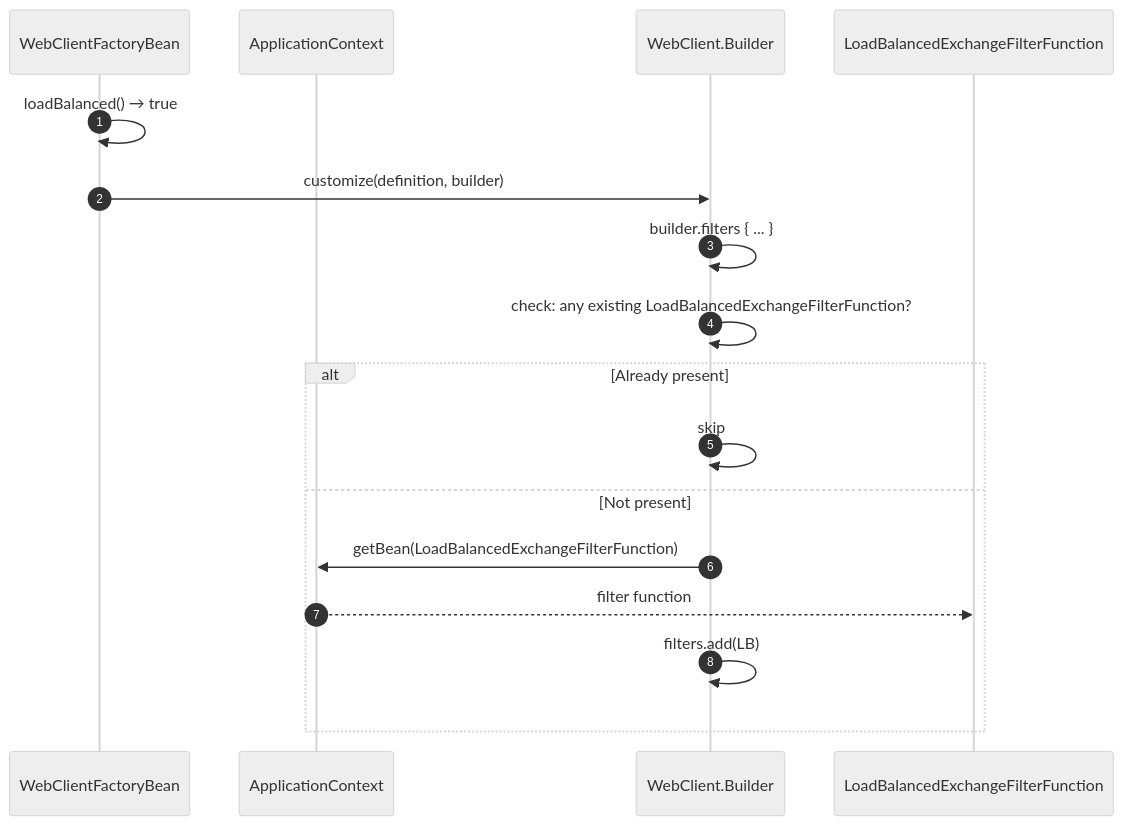
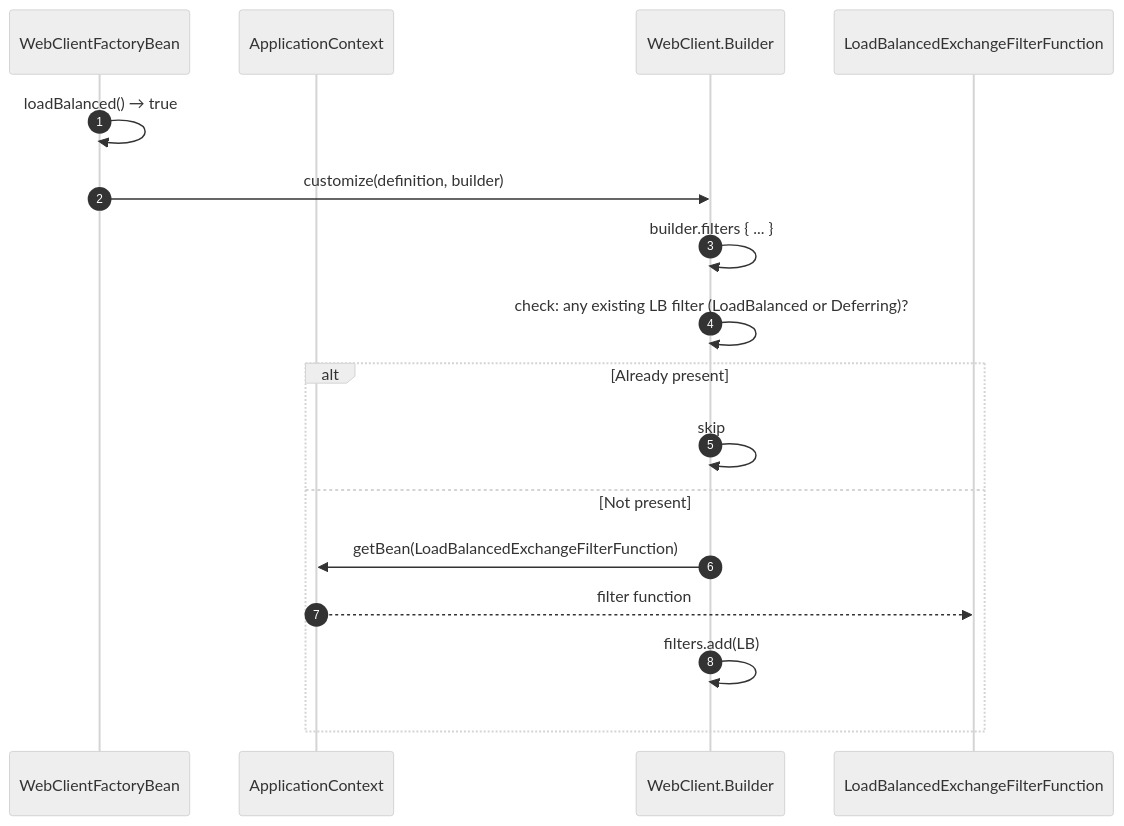
Before and after one commit to Ahoo-Wang/CoApi: the third of 4 diagrams in wiki/deep-dive/load-balancing.md, drawn with Mermaid (neutral theme). The commit also changed other lines of this file and 7 other files, not shown here.

````diff
--- a/wiki/deep-dive/load-balancing.md
+++ b/wiki/deep-dive/load-balancing.md
@@ -98,20 +102,20 @@
 ```mermaid
 sequenceDiagram
     autonumber
     participant FB as WebClientFactoryBean
     participant CTX as ApplicationContext
     participant Builder as WebClient.Builder
     participant LB as LoadBalancedExchangeFilterFunction
 
     FB->>FB: loadBalanced() → true
     FB->>Builder: customize(definition, builder)
     Builder->>Builder: builder.filters { ... }
-    Builder->>Builder: check: any existing LoadBalancedExchangeFilterFunction?
+    Builder->>Builder: check: any existing LB filter (LoadBalanced or Deferring)?
     alt Already present
         Builder->>Builder: skip
     else Not present
         Builder->>CTX: getBean(LoadBalancedExchangeFilterFunction)
         CTX-->>LB: filter function
         Builder->>Builder: filters.add(LB)
     end
 ```
````
